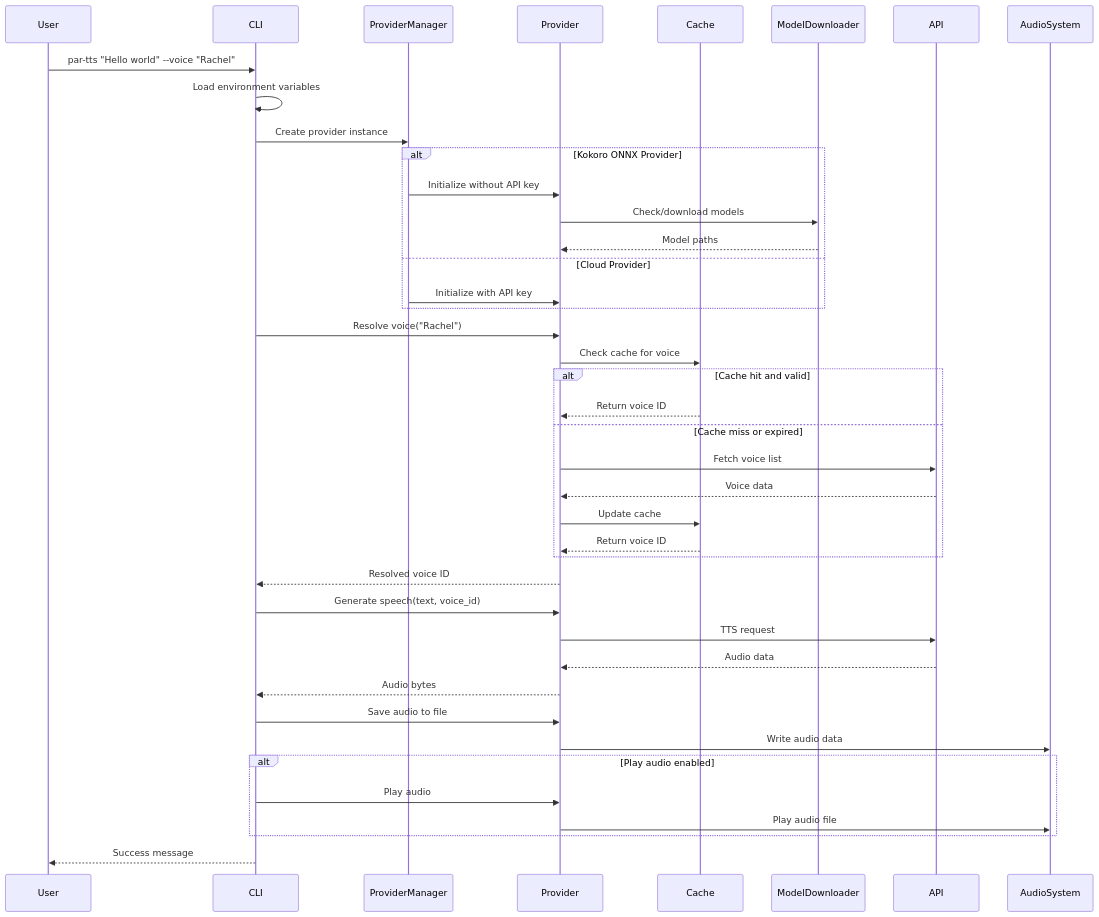
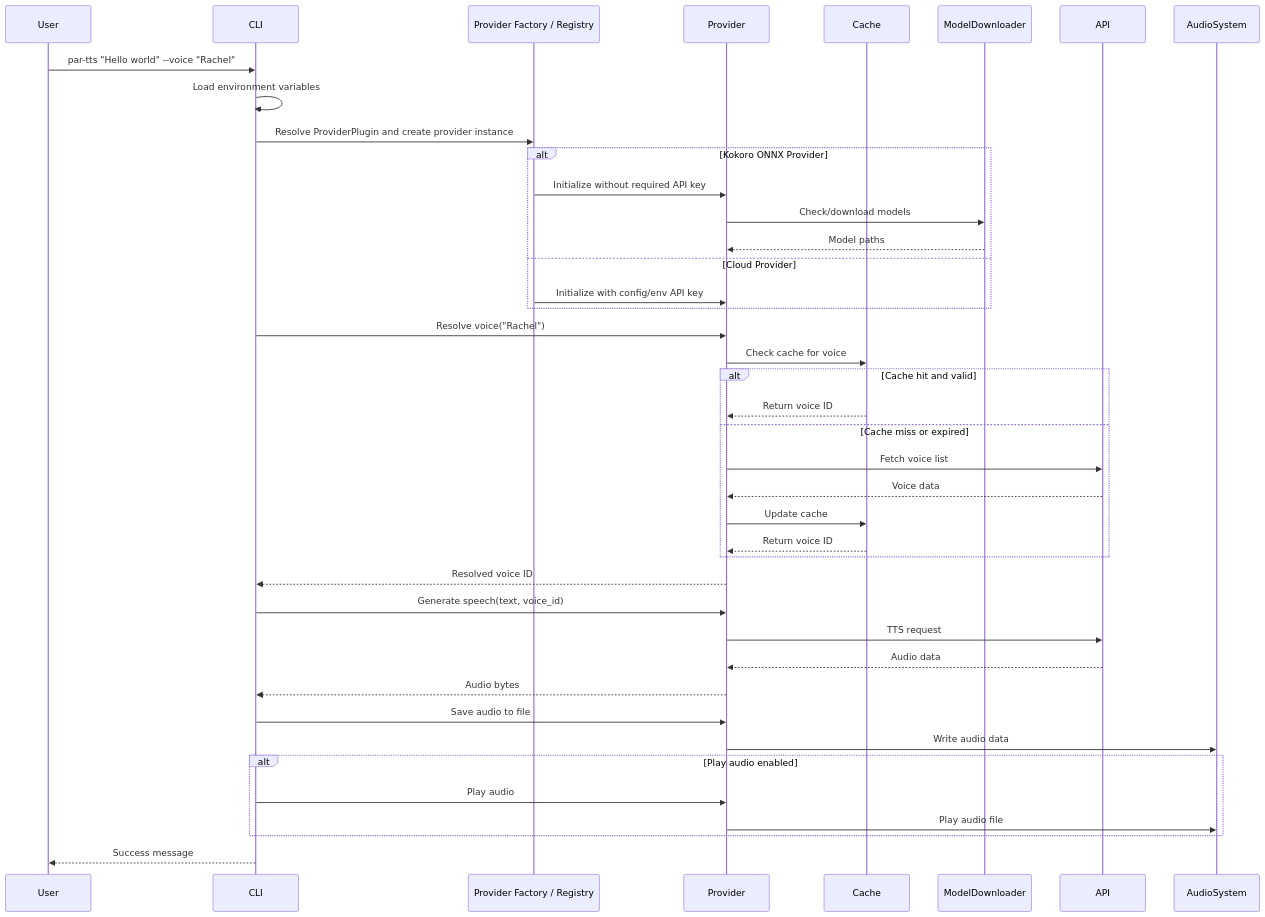
The second of 21 diagrams in docs/ARCHITECTURE.md (paulrobello/par-cli-tts), drawn with Mermaid before and after one commit. The commit also changed other lines of this file and 3 other files, not shown here.

````diff
--- a/docs/ARCHITECTURE.md
+++ b/docs/ARCHITECTURE.md
@@ -388,51 +448,51 @@
 ```mermaid
 sequenceDiagram
     participant User
     participant CLI
-    participant ProviderManager
+    participant ProviderFactory as Provider Factory / Registry
     participant Provider
     participant Cache
     participant ModelDownloader
     participant API
     participant AudioSystem
 
     User->>CLI: par-tts "Hello world" --voice "Rachel"
     CLI->>CLI: Load environment variables
-    CLI->>ProviderManager: Create provider instance
+    CLI->>ProviderFactory: Resolve ProviderPlugin and create provider instance
 
     alt Kokoro ONNX Provider
-        ProviderManager->>Provider: Initialize without API key
+        ProviderFactory->>Provider: Initialize without required API key
         Provider->>ModelDownloader: Check/download models
         ModelDownloader-->>Provider: Model paths
     else Cloud Provider
-        ProviderManager->>Provider: Initialize with API key
+        ProviderFactory->>Provider: Initialize with config/env API key
     end
 
     CLI->>Provider: Resolve voice("Rachel")
     Provider->>Cache: Check cache for voice
     alt Cache hit and valid
         Cache-->>Provider: Return voice ID
     else Cache miss or expired
         Provider->>API: Fetch voice list
         API-->>Provider: Voice data
         Provider->>Cache: Update cache
         Cache-->>Provider: Return voice ID
     end
 
     Provider-->>CLI: Resolved voice ID
 
     CLI->>Provider: Generate speech(text, voice_id)
     Provider->>API: TTS request
     API-->>Provider: Audio data
     Provider-->>CLI: Audio bytes
 
     CLI->>Provider: Save audio to file
     Provider->>AudioSystem: Write audio data
 
     alt Play audio enabled
         CLI->>Provider: Play audio
         Provider->>AudioSystem: Play audio file
     end
 
     CLI-->>User: Success message
 ```
````
